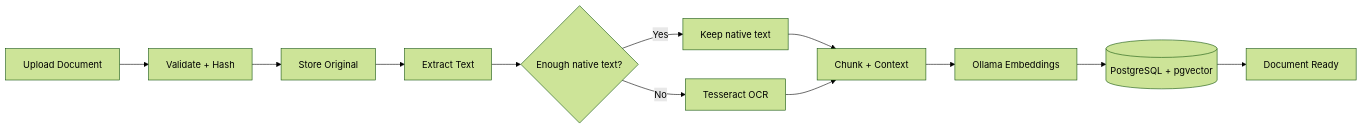
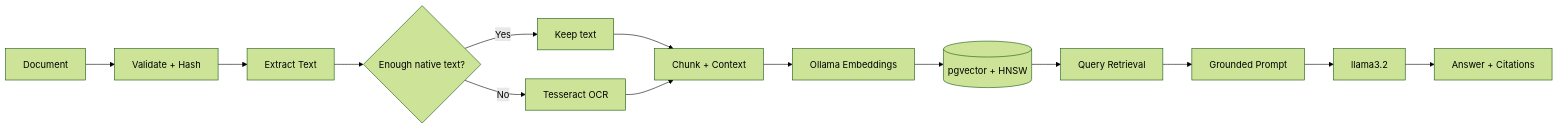
The second of 2 diagrams in README.md (fizzahussain/Rag-Document-Assistant), drawn with Mermaid (forest theme) before and after one commit. The commit also changed other lines of this file, not shown here.

````diff
--- a/README.md
+++ b/README.md
@@ -84,14 +68,16 @@
 ```mermaid
 flowchart LR
-    A[Upload Document] --> B[Validate + Hash]
-    B --> C[Store Original]
-    C --> D[Extract Text]
-    D --> E{Enough native text?}
-    E -- Yes --> F[Keep native text]
-    E -- No --> G[Tesseract OCR]
-    F --> H[Chunk + Context]
-    G --> H
-    H --> I[Ollama Embeddings]
-    I --> J[(PostgreSQL + pgvector)]
-    J --> K[Document Ready]
+    A[Document] --> B[Validate + Hash]
+    B --> C[Extract Text]
+    C --> D{Enough native text?}
+    D -- Yes --> E[Keep text]
+    D -- No --> F[Tesseract OCR]
+    E --> G[Chunk + Context]
+    F --> G
+    G --> H[Ollama Embeddings]
+    H --> I[(pgvector + HNSW)]
+    I --> J[Query Retrieval]
+    J --> K[Grounded Prompt]
+    K --> L[llama3.2]
+    L --> M[Answer + Citations]
 ```
````
